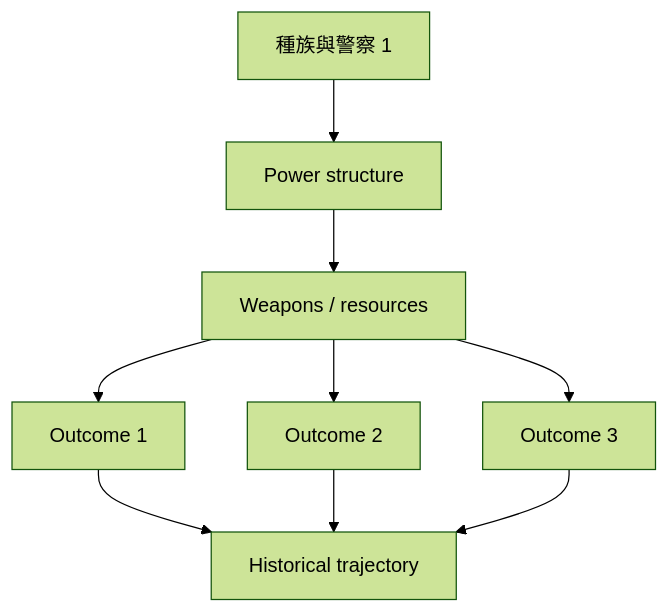
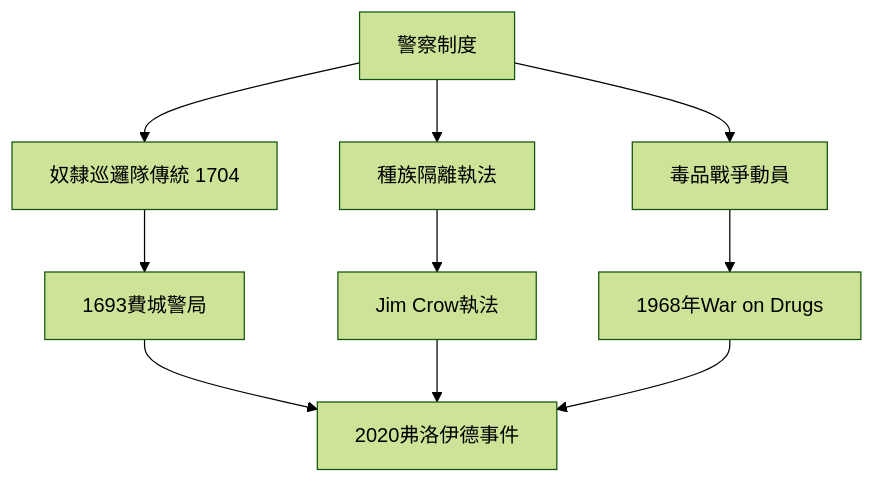
The third of 10 diagrams in 02_Harvard_Courses/Fall_Courses/Hist124_Law_and_Order_America.md (yip-lgtm/HKU-Harvard-History-Self-Study), drawn with Mermaid (forest theme) before and after one commit. The commit also changed other lines of this file and 65 other files, not shown here.

````diff
--- a/02_Harvard_Courses/Fall_Courses/Hist124_Law_and_Order_America.md
+++ b/02_Harvard_Courses/Fall_Courses/Hist124_Law_and_Order_America.md
@@ -185,11 +184,12 @@
 ```mermaid
 graph TD
-    A[種族與警察 1] --> B[Power structure]
-    B --> C[Weapons / resources]
-    C --> D[Outcome 1]
-    C --> E[Outcome 2]
-    C --> F[Outcome 3]
-    D --> G[Historical trajectory]
-    E --> G
-    F --> G
+    A[警察制度] --> B[奴隸巡邏隊傳統 1704]
+    A --> C[種族隔離執法]
+    A --> D[毒品戰爭動員]
+    B --> E[1693費城警局]
+    C --> F[Jim Crow執法]
+    D --> G[1968年War on Drugs]
+    E --> H[2020弗洛伊德事件]
+    F --> H
+    G --> H
 ```
````
